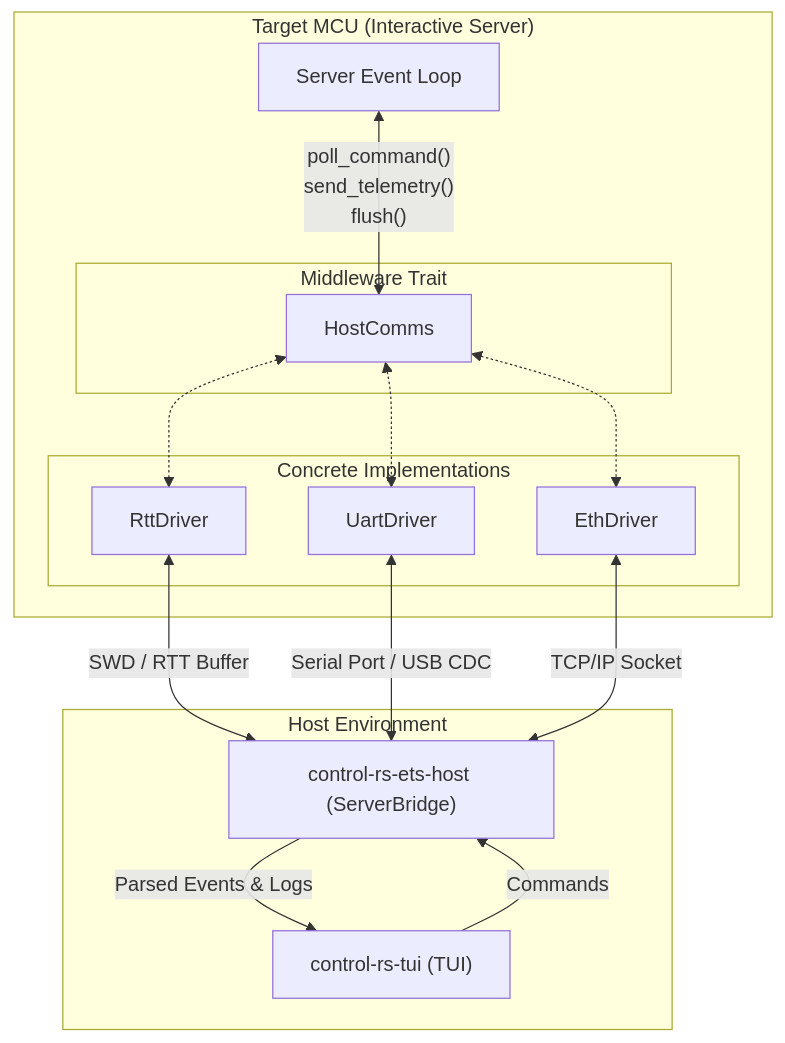
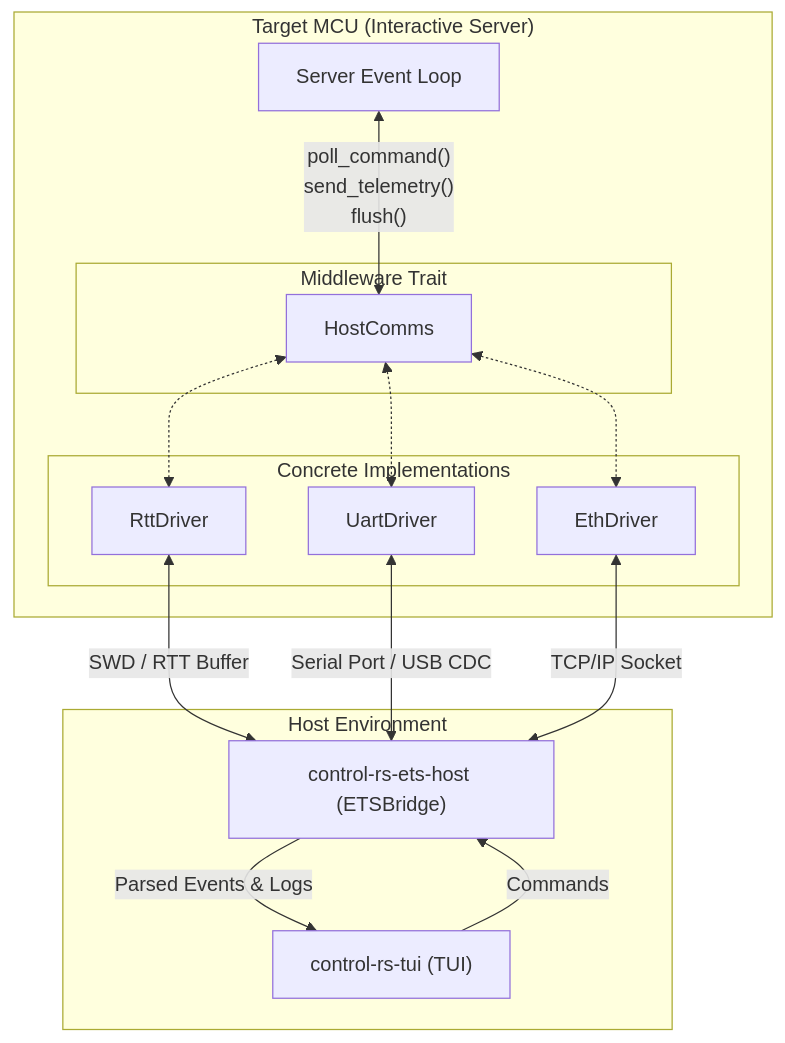
Before and after one commit to Dyse-Industries/control-rs: the diagram in documentation/ets/host-comm-design.md, drawn with Mermaid. The commit also changed other lines of this file and 18 other files, not shown here.

Commit message:
refactor(ets): resolve PR #53 review feedback and align ETS host framing

````diff
--- a/documentation/ets/host-comm-design.md
+++ b/documentation/ets/host-comm-design.md
@@ -90,32 +90,32 @@
 ```mermaid
 graph TD
     subgraph "Target MCU (Interactive Server)"
         SRV[Server Event Loop]
 
         subgraph Middleware Trait
             HC_TRAIT[HostComms]
         end
 
         subgraph Concrete Implementations
             RTT[RttDriver]
             UART[UartDriver]
             ETH[EthDriver]
         end
 
         SRV <-->|" poll_command() \n send_telemetry() \n flush() "| HC_TRAIT
         HC_TRAIT <-.-> RTT
         HC_TRAIT <-.-> UART
         HC_TRAIT <-.-> ETH
     end
 
     RTT <-->|"SWD / RTT Buffer"| BRG
     UART <-->|"Serial Port / USB CDC"| BRG
     ETH <-->|"TCP/IP Socket"| BRG
 
     subgraph "Host Environment"
-        BRG["control-rs-ets-host (ServerBridge)"]
+        BRG["control-rs-ets-host (ETSBridge)"]
         UI["control-rs-tui (TUI)"]
         BRG -->|Parsed Events & Logs| UI
         UI -->|Commands| BRG
     end
 ```
````
